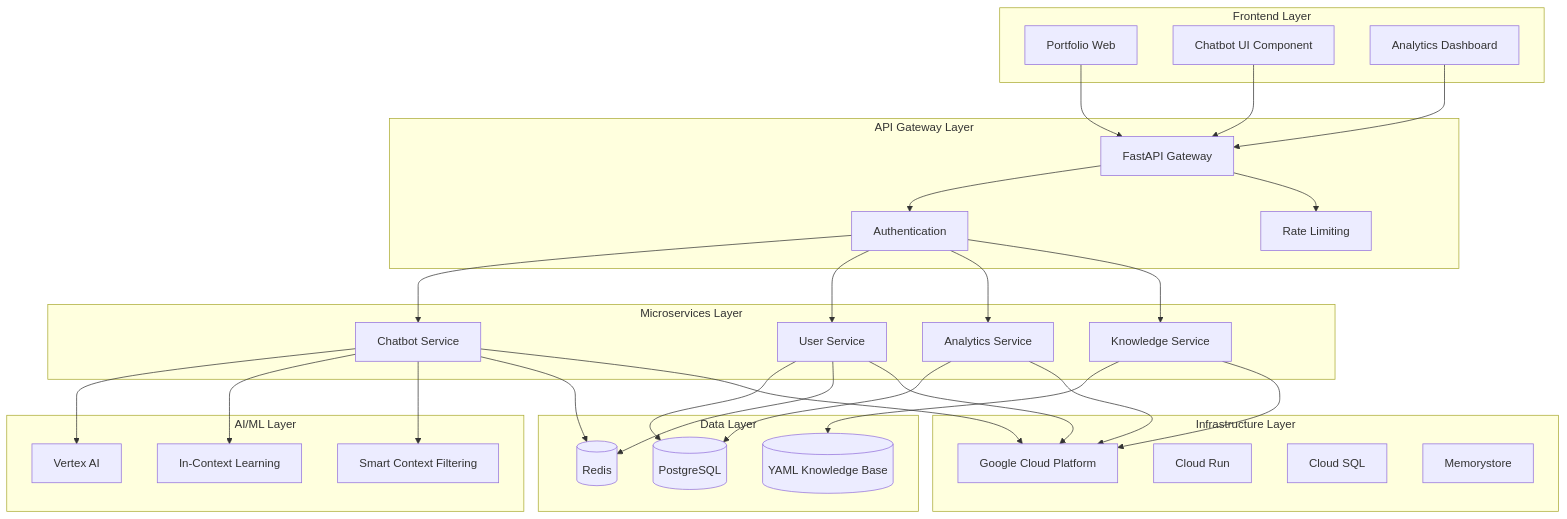
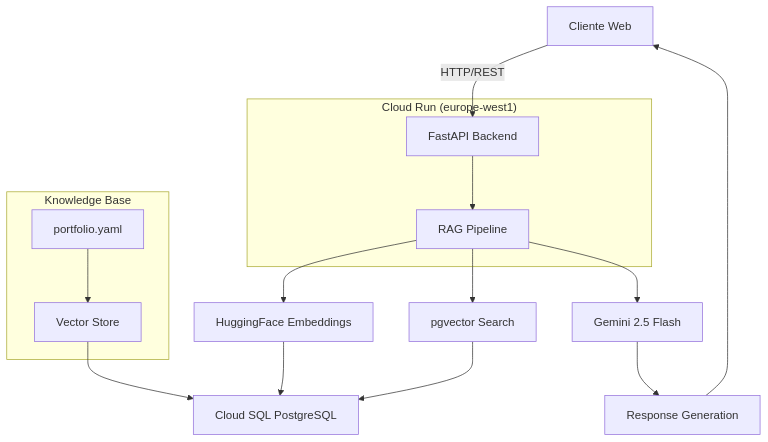
Before and after one commit to LIDR-academy/AI4Devs-finalproject: the first of 3 diagrams in readme.md, drawn with Mermaid. The commit also changed other lines of this file and 27 other files, not shown here.

````diff
--- a/readme.md
+++ b/readme.md
@@ -196,68 +212,25 @@
 ```mermaid
 graph TB
-    subgraph "Frontend Layer"
-        UI[Portfolio Web]
-        Chat[Chatbot UI Component]
-        Analytics[Analytics Dashboard]
+    A[Cliente Web] -->|HTTP/REST| B[FastAPI Backend]
+    B --> C[RAG Pipeline]
+    C --> D[HuggingFace Embeddings]
+    C --> E[pgvector Search]
+    C --> F[Gemini 2.5 Flash]
+    D --> G[Cloud SQL PostgreSQL]
+    E --> G
+    F --> H[Response Generation]
+    H --> A
+    
+    I[portfolio.yaml] --> J[Vector Store]
+    J --> G
+    
+    subgraph "Cloud Run (europe-west1)"
+        B
+        C
     end
     
-    subgraph "API Gateway Layer"
-        Gateway[FastAPI Gateway]
-        Auth[Authentication]
-        RateLimit[Rate Limiting]
+    subgraph "Knowledge Base"
+        I
+        J
     end
-    
-    subgraph "Microservices Layer"
-        ChatService[Chatbot Service]
-        UserService[User Service]
-        AnalyticsService[Analytics Service]
-        KnowledgeService[Knowledge Service]
-    end
-    
-    subgraph "AI/ML Layer"
-        VertexAI[Vertex AI]
-        ICL[In-Context Learning]
-        SmartFilter[Smart Context Filtering]
-    end
-    
-    subgraph "Data Layer"
-        PostgreSQL[(PostgreSQL)]
-        Redis[(Redis)]
-        YAML[(YAML Knowledge Base)]
-    end
-    
-    subgraph "Infrastructure Layer"
-        GCP[Google Cloud Platform]
-        CloudRun[Cloud Run]
-        CloudSQL[Cloud SQL]
-        Memorystore[Memorystore]
-    end
-    
-    UI --> Gateway
-    Chat --> Gateway
-    Analytics --> Gateway
-    
-    Gateway --> Auth
-    Gateway --> RateLimit
-    
-    Auth --> ChatService
-    Auth --> UserService
-    Auth --> AnalyticsService
-    Auth --> KnowledgeService
-    
-    ChatService --> VertexAI
-    ChatService --> ICL
-    ChatService --> SmartFilter
-    
-    UserService --> PostgreSQL
-    AnalyticsService --> PostgreSQL
-    KnowledgeService --> YAML
-    
-    ChatService --> Redis
-    UserService --> Redis
-    
-    ChatService --> GCP
-    UserService --> GCP
-    AnalyticsService --> GCP
-    KnowledgeService --> GCP
 ```
````
